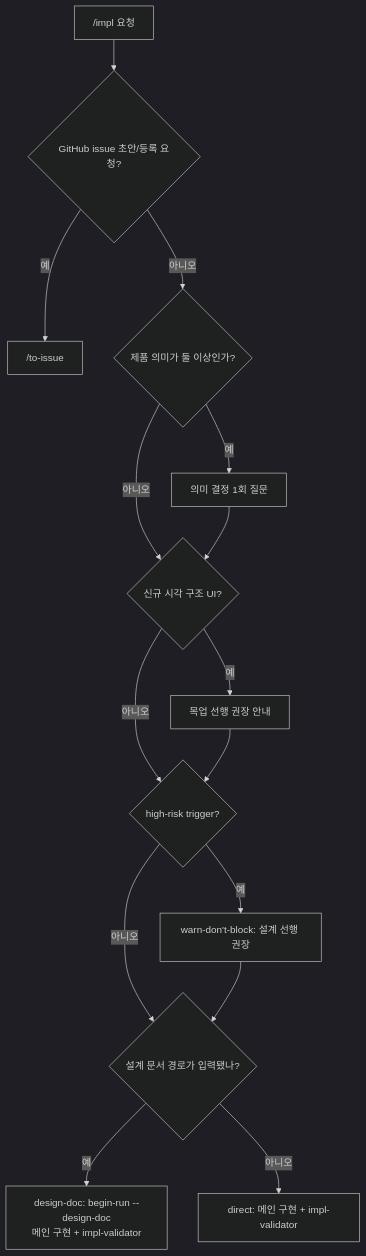
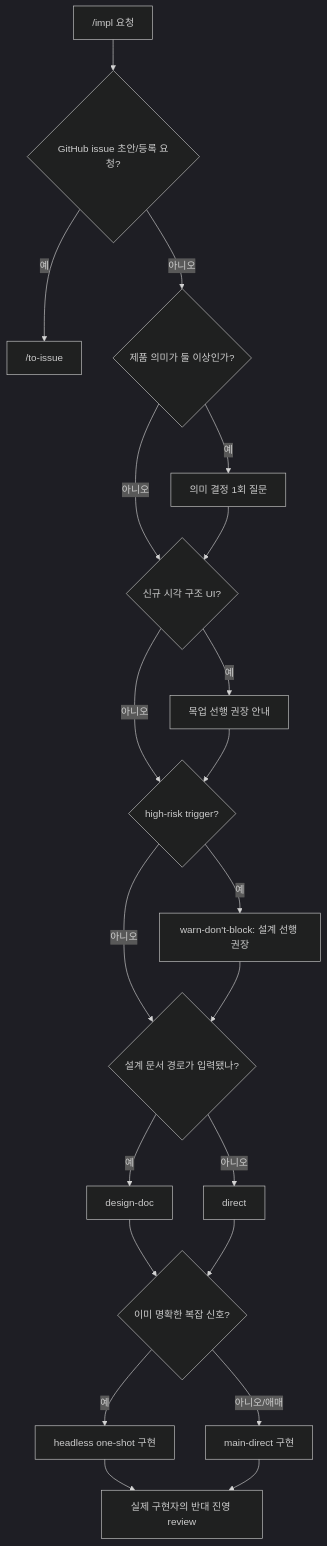
Before and after one commit to Daeguk-Sun/dcNess: the diagram in skills/impl/impl-routing.md, drawn with Mermaid (dark theme). The commit also changed other lines of this file and 20 other files, not shown here.

````diff
--- a/skills/impl/impl-routing.md
+++ b/skills/impl/impl-routing.md
@@ -24,17 +24,23 @@
 ```mermaid
 flowchart TB
   REQ["/impl 요청"] --> MAKE{"GitHub issue 초안/등록 요청?"}
   MAKE -->|예| TI["/to-issue"]
   MAKE -->|아니오| MEAN{"제품 의미가 둘 이상인가?"}
   MEAN -->|예| ASK["의미 결정 1회 질문"]
   MEAN -->|아니오| UI{"신규 시각 구조 UI?"}
   ASK --> UI
   UI -->|예| UW["목업 선행 권장 안내"]
   UI -->|아니오| HR
   UW --> HR{"high-risk trigger?"}
   HR -->|예| WARN["warn-don't-block: 설계 선행 권장"]
   HR -->|아니오| DOC
   WARN --> DOC{"설계 문서 경로가 입력됐나?"}
-  DOC -->|예| DD["design-doc: begin-run --design-doc<br/>메인 구현 + impl-validator"]
-  DOC -->|아니오| DR["direct: 메인 구현 + impl-validator"]
+  DOC -->|예| DD["design-doc"]
+  DOC -->|아니오| DR["direct"]
+  DD --> OWNER{"이미 명확한 복잡 신호?"}
+  DR --> OWNER
+  OWNER -->|예| HW["headless one-shot 구현"]
+  OWNER -->|아니오/애매| MD["main-direct 구현"]
+  HW --> RV["실제 구현자의 반대 진영 review"]
+  MD --> RV
 ```
````
